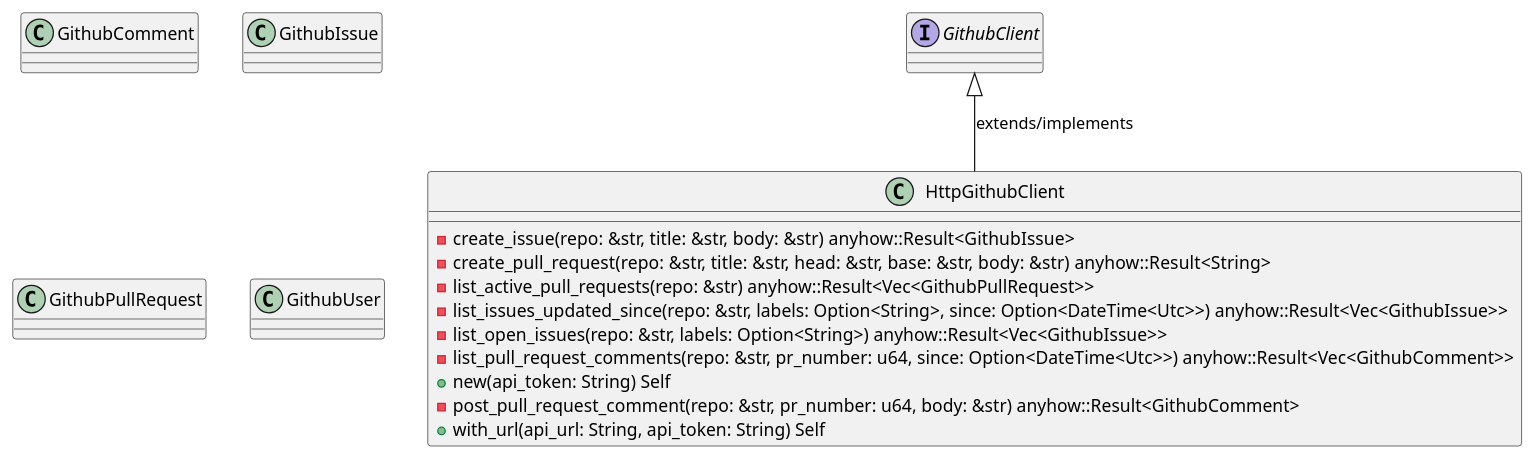
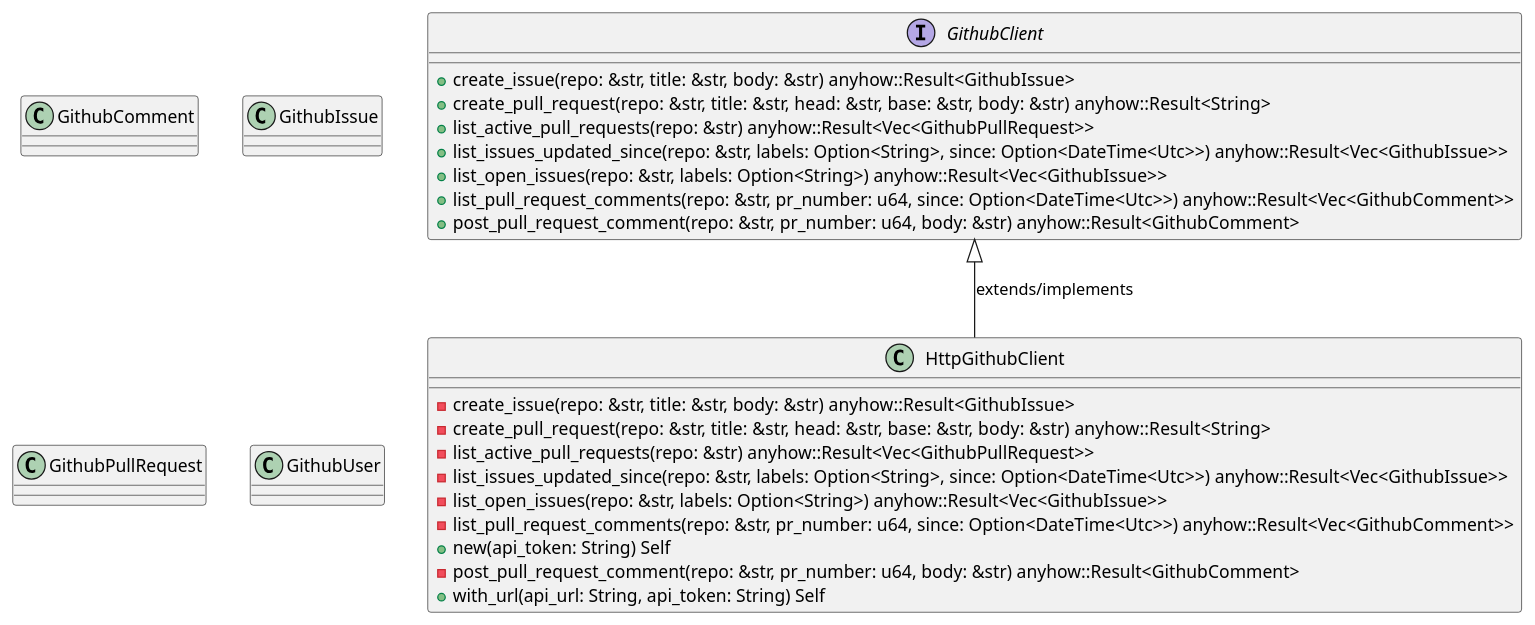
The first of 6 diagrams in openwiki/crates_factory_infrastructure_src_github.md (lgcorzo/rust_CACD_autonomous_factory), drawn with PlantUML before and after one commit. The commit also changed other lines of this file and 96 other files, not shown here.

````diff
--- a/openwiki/crates_factory_infrastructure_src_github.md
+++ b/openwiki/crates_factory_infrastructure_src_github.md
@@ -233,27 +454,34 @@
 ```plantuml
 @startuml
 interface GithubClient {
+    +create_issue(repo: &str, title: &str, body: &str) anyhow::Result<GithubIssue>
+    +create_pull_request(repo: &str, title: &str, head: &str, base: &str, body: &str) anyhow::Result<String>
+    +list_active_pull_requests(repo: &str) anyhow::Result<Vec<GithubPullRequest>>
+    +list_issues_updated_since(repo: &str, labels: Option<String>, since: Option<DateTime<Utc>>) anyhow::Result<Vec<GithubIssue>>
+    +list_open_issues(repo: &str, labels: Option<String>) anyhow::Result<Vec<GithubIssue>>
+    +list_pull_request_comments(repo: &str, pr_number: u64, since: Option<DateTime<Utc>>) anyhow::Result<Vec<GithubComment>>
+    +post_pull_request_comment(repo: &str, pr_number: u64, body: &str) anyhow::Result<GithubComment>
 }
 class GithubComment {
 }
 class GithubIssue {
 }
 class GithubPullRequest {
 }
 class GithubUser {
 }
 class HttpGithubClient {
     -create_issue(repo: &str, title: &str, body: &str) anyhow::Result<GithubIssue>
     -create_pull_request(repo: &str, title: &str, head: &str, base: &str, body: &str) anyhow::Result<String>
     -list_active_pull_requests(repo: &str) anyhow::Result<Vec<GithubPullRequest>>
     -list_issues_updated_since(repo: &str, labels: Option<String>, since: Option<DateTime<Utc>>) anyhow::Result<Vec<GithubIssue>>
     -list_open_issues(repo: &str, labels: Option<String>) anyhow::Result<Vec<GithubIssue>>
     -list_pull_request_comments(repo: &str, pr_number: u64, since: Option<DateTime<Utc>>) anyhow::Result<Vec<GithubComment>>
     +new(api_token: String) Self
     -post_pull_request_comment(repo: &str, pr_number: u64, body: &str) anyhow::Result<GithubComment>
     +with_url(api_url: String, api_token: String) Self
 }
 GithubClient <|-- HttpGithubClient : extends/implements
 @enduml
 
 ```
````
